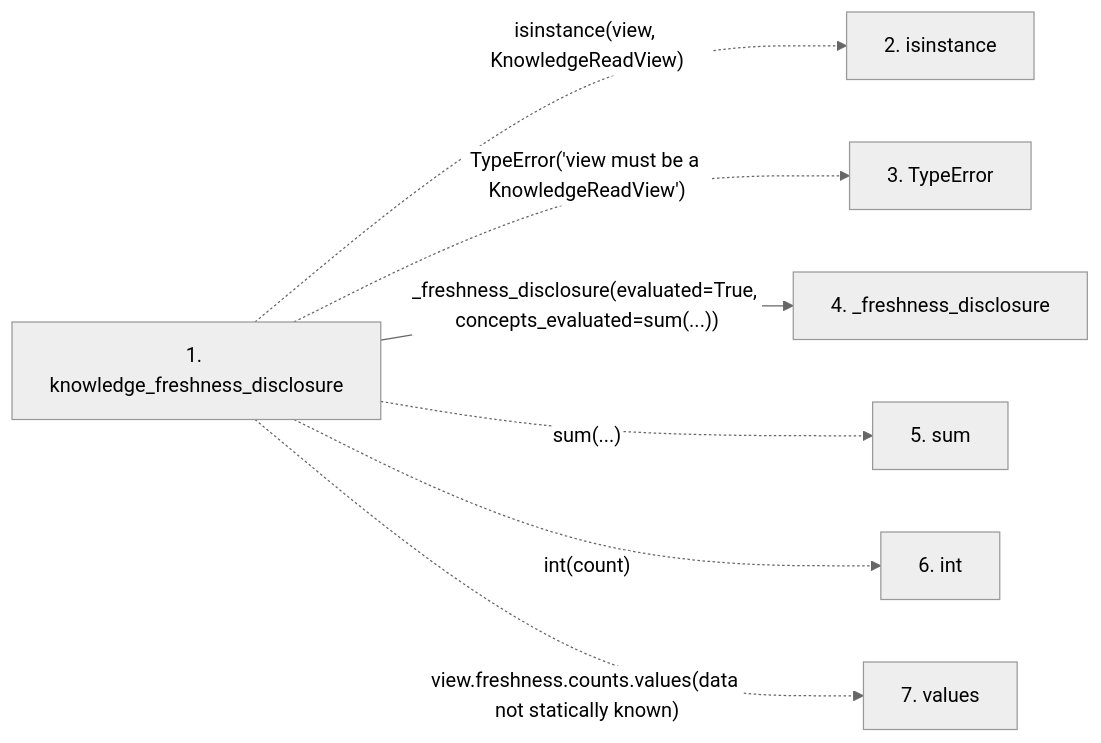
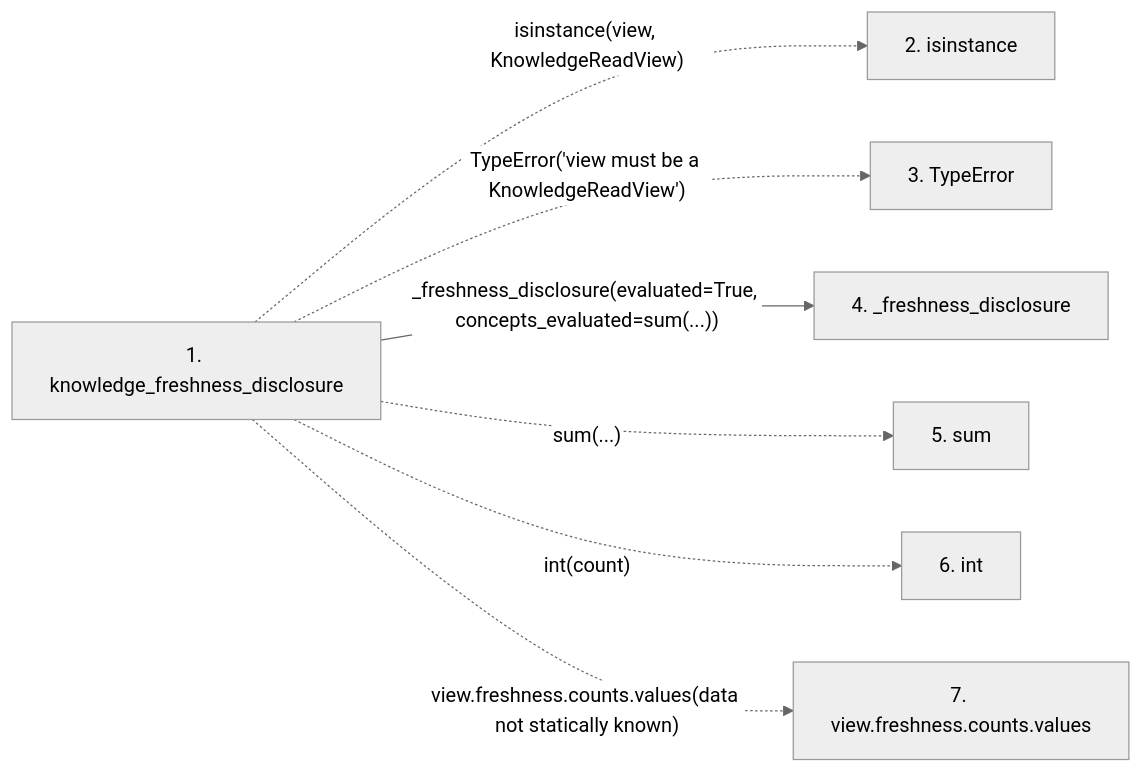
The second of 2 diagrams in docs/llm_wiki/flows/api-knowledge_freshness_disclosure.md (Denissvgn/python-wiki-llm), drawn with Mermaid (neutral theme) before and after one commit. The commit also changed other lines of this file and 719 other files, not shown here.

````diff
--- a/docs/llm_wiki/flows/api-knowledge_freshness_disclosure.md
+++ b/docs/llm_wiki/flows/api-knowledge_freshness_disclosure.md
@@ -30,18 +30,18 @@
 ```mermaid
 flowchart LR
     s1["1. knowledge_freshness_disclosure"]
     s2["2. isinstance"]
     s3["3. TypeError"]
     s4["4. _freshness_disclosure"]
     s5["5. sum"]
     s6["6. int"]
-    s7["7. values"]
+    s7["7. view.freshness.counts.values"]
     s1 -. "isinstance(view, KnowledgeReadView)" .-> s2
     s1 -. "TypeError('view must be a KnowledgeReadView')" .-> s3
     s1 -->|"_freshness_disclosure(evaluated=True, concepts_evaluated=sum(...))"| s4
     s1 -. "sum(...)" .-> s5
     s1 -. "int(count)" .-> s6
     s1 -. "view.freshness.counts.values(data not statically known)" .-> s7
     click s1 "../modules/knowledge_observability.md"
     click s4 "../modules/knowledge_observability.md"
 ```
````
